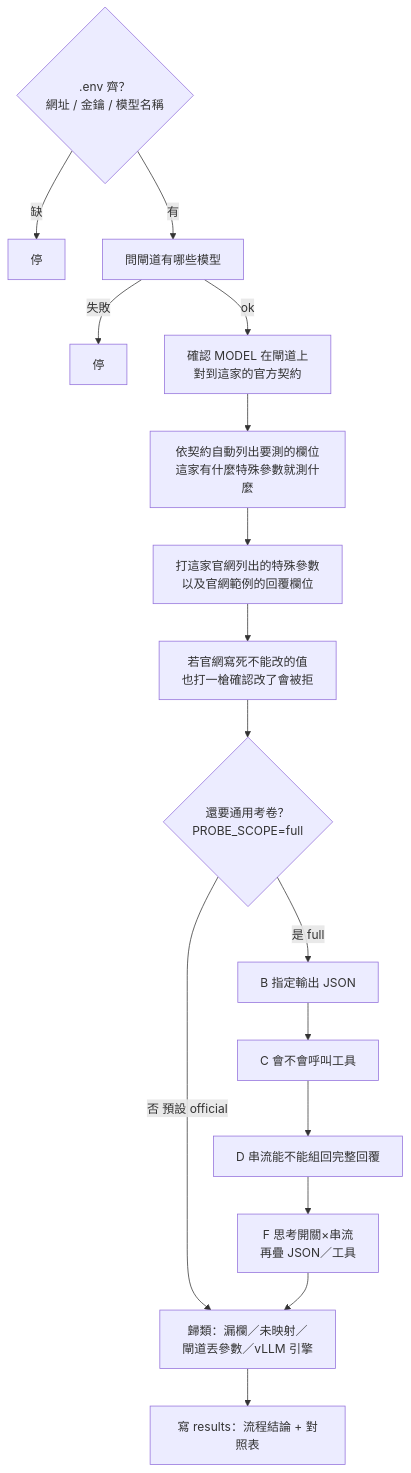
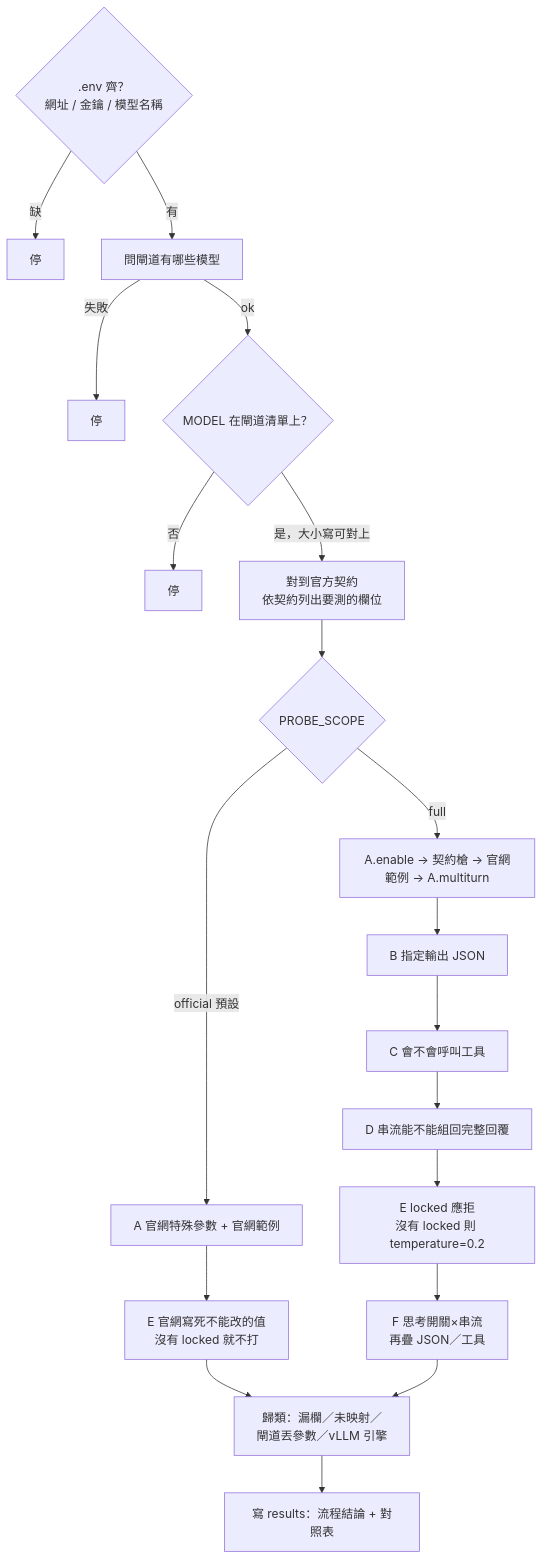
One commit to eric4057/model-chat-completions-params changed the first of 3 diagrams in FLOWCHART.md. Above: the diagram before and after it, drawn with Mermaid. The commit also changed other lines of this file and 2 other files, not shown here.

First line of the commit message:
Align the probe docs with the script's step order and verdicts.

````diff
--- a/FLOWCHART.md
+++ b/FLOWCHART.md
@@ -28,18 +28,21 @@
 ```mermaid
 flowchart TD
   Chk{".env 齊？<br/>網址 / 金鑰 / 模型名稱"} -->|缺| Stop1[停]
   Chk -->|有| Z["問閘道有哪些模型"]
   Z -->|失敗| Stop2[停]
-  Z -->|ok| Match["確認 MODEL 在閘道上<br/>對到這家的官方契約"]
-  Match --> Gen["依契約自動列出要測的欄位<br/>這家有什麼特殊參數就測什麼"]
-  Gen --> A["打這家官網列出的特殊參數<br/>以及官網範例的回覆欄位"]
-  A --> E["若官網寫死不能改的值<br/>也打一槍確認改了會被拒"]
-  E --> Extra{"還要通用考卷？<br/>PROBE_SCOPE=full"}
-  Extra -->|否 預設 official| Class["歸類：漏欄／未映射／<br/>閘道丟參數／vLLM 引擎"]
-  Extra -->|是 full| B["B 指定輸出 JSON"]
+  Z -->|ok| Match{"MODEL 在閘道清單上？"}
+  Match -->|否| Stop3[停]
+  Match -->|是，大小寫可對上| Gen["對到官方契約<br/>依契約列出要測的欄位"]
+  Gen --> Extra{"PROBE_SCOPE"}
+  Extra -->|official 預設| Ao["A 官網特殊參數 + 官網範例"]
+  Ao --> Eo["E 官網寫死不能改的值<br/>沒有 locked 就不打"]
+  Eo --> Class["歸類：漏欄／未映射／<br/>閘道丟參數／vLLM 引擎"]
+  Extra -->|full| Af["A.enable → 契約槍 → 官網範例 → A.multiturn"]
+  Af --> B["B 指定輸出 JSON"]
   B --> C["C 會不會呼叫工具"]
   C --> D["D 串流能不能組回完整回覆"]
-  D --> F["F 思考開關×串流<br/>再疊 JSON／工具"]
+  D --> Ef["E locked 應拒<br/>沒有 locked 則 temperature=0.2"]
+  Ef --> F["F 思考開關×串流<br/>再疊 JSON／工具"]
   F --> Class
   Class --> W["寫 results：流程結論 + 對照表"]
 ```
````
